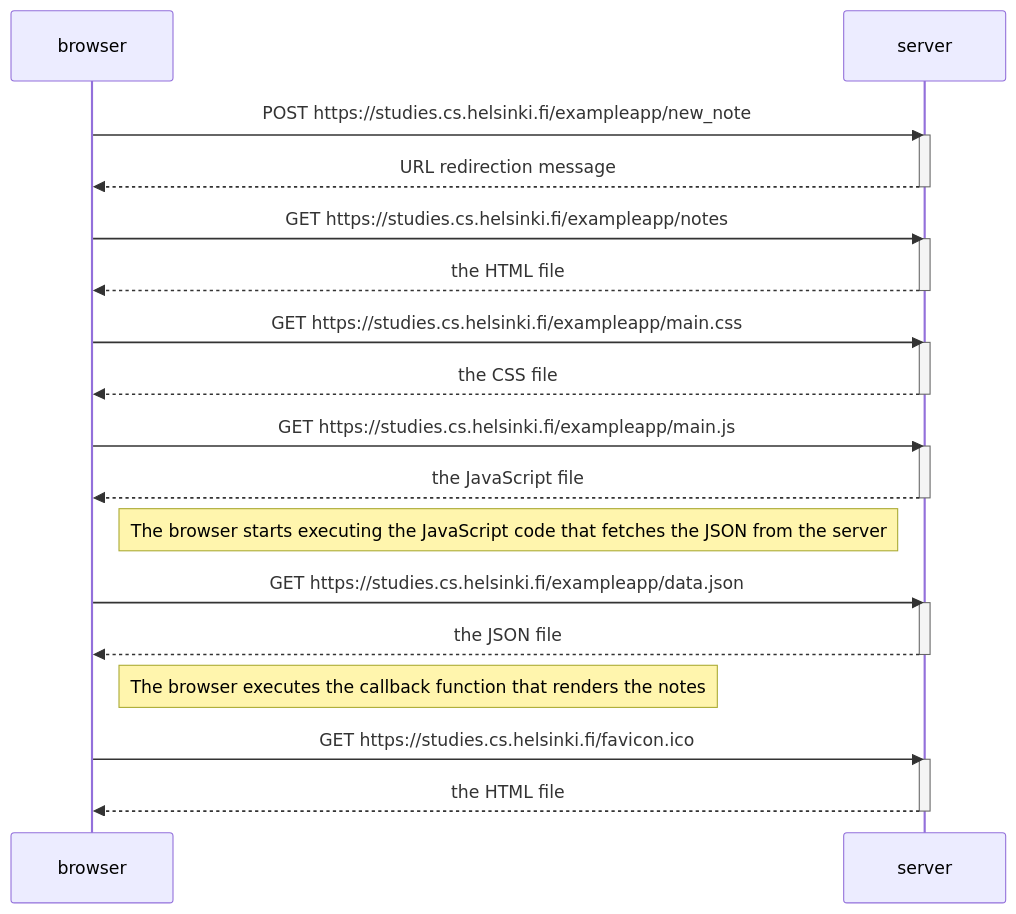
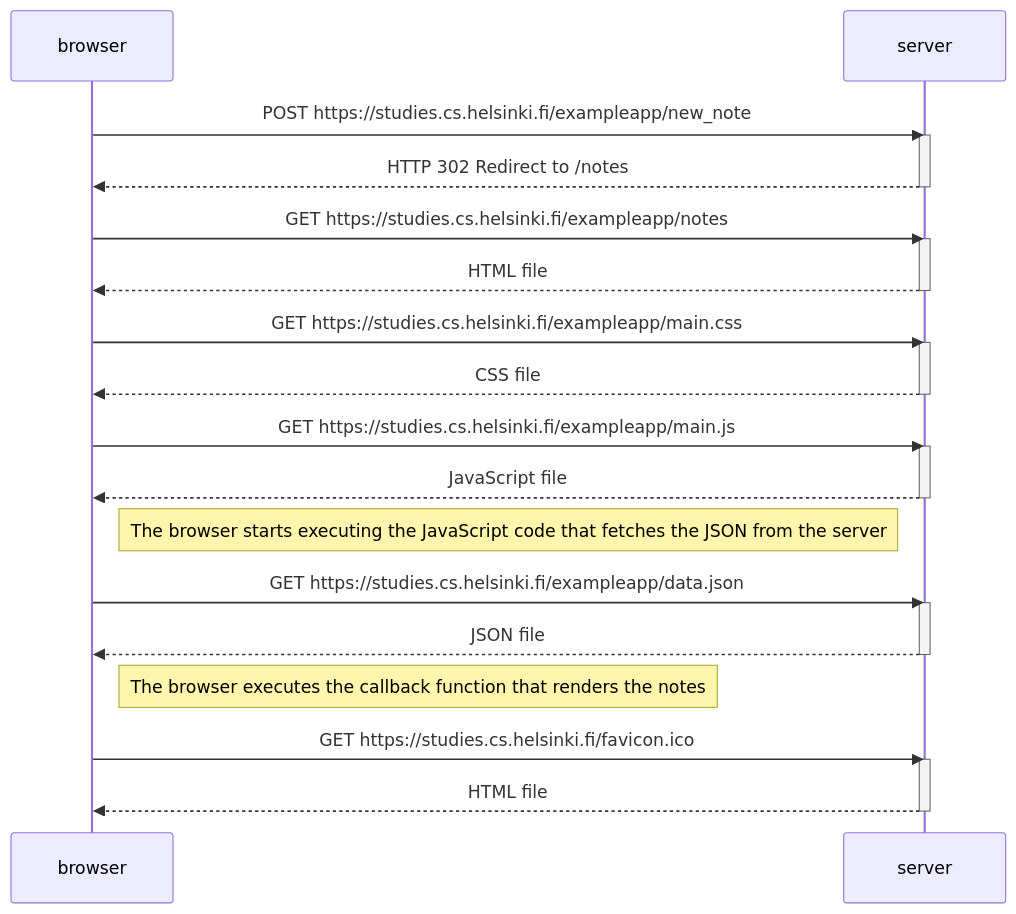
One commit to sammydamz/FullStack-Open---Part-0 changed the diagram in part0/newNote.md. Above: the diagram before and after it, drawn with Mermaid.

Commit message:
Update newNote.md
update

````diff
--- a/part0/newNote.md
+++ b/part0/newNote.md
@@ -1,39 +1,39 @@
 ```mermaid
 sequenceDiagram
 participant browser
 participant server
 
     browser->>server: POST https://studies.cs.helsinki.fi/exampleapp/new_note
     activate server
-    server-->>browser: URL redirection message
+    server-->>browser: HTTP 302 Redirect to /notes
     deactivate server
 
     browser->>server: GET https://studies.cs.helsinki.fi/exampleapp/notes
     activate server
-    server-->>browser: the HTML file
+    server-->>browser: HTML file
     deactivate server
 
     browser->>server: GET https://studies.cs.helsinki.fi/exampleapp/main.css
     activate server
-    server-->>browser: the CSS file
+    server-->>browser: CSS file
     deactivate server
 
     browser->>server: GET https://studies.cs.helsinki.fi/exampleapp/main.js
     activate server
-    server-->>browser: the JavaScript file
+    server-->>browser: JavaScript file
     deactivate server
 
     Note right of browser: The browser starts executing the JavaScript code that fetches the JSON from the server
 
     browser->>server: GET https://studies.cs.helsinki.fi/exampleapp/data.json
     activate server
-    server-->>browser: the JSON file
+    server-->>browser: JSON file
     deactivate server
 
     Note right of browser: The browser executes the callback function that renders the notes
 
     browser->>server: GET https://studies.cs.helsinki.fi/favicon.ico
     activate server
-    server-->>browser: the HTML file
+    server-->>browser: HTML file
     deactivate server
 ```
````
